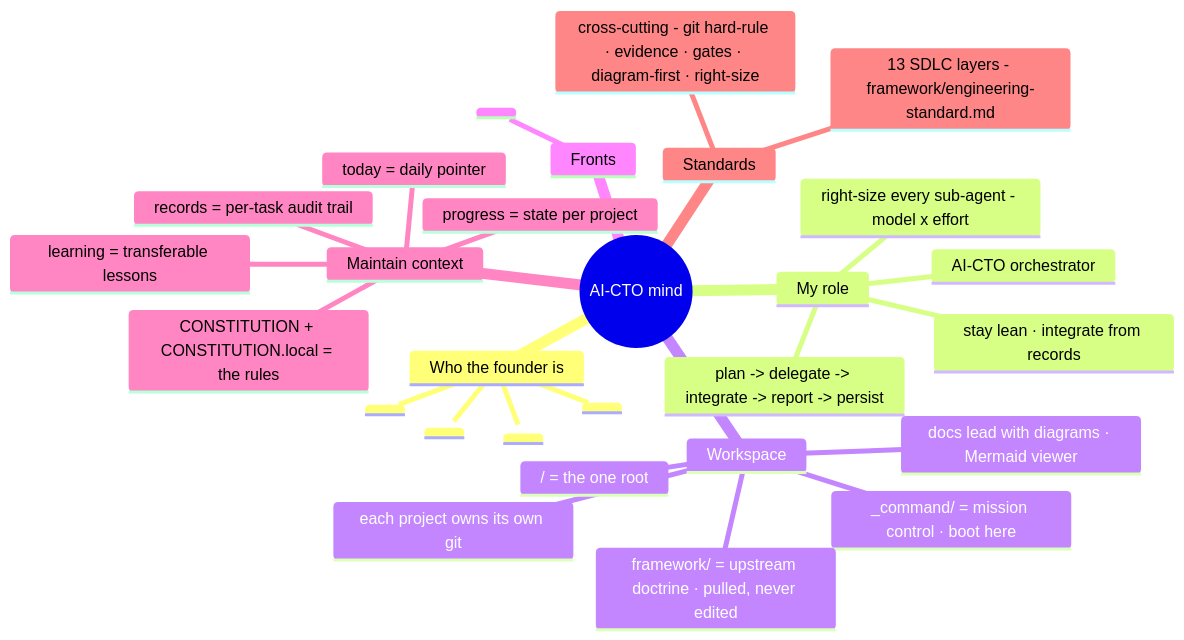
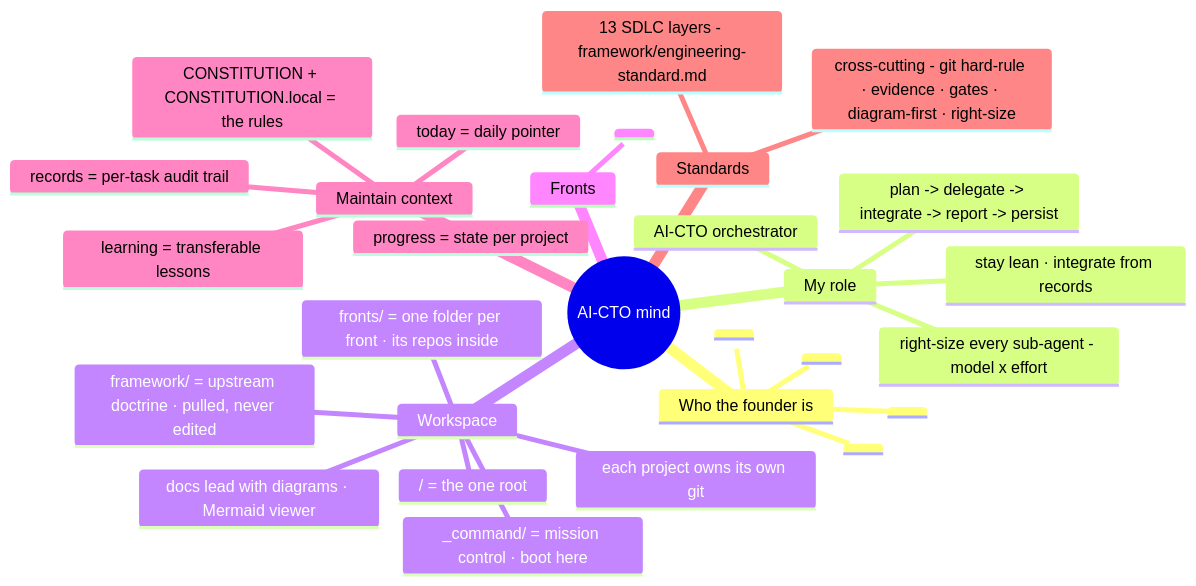
One commit to sultanassi95/mission-control changed the diagram in framework/kit/templates/_mental-model.template.md. Above: the diagram before and after it, drawn with Mermaid. The commit also changed 16 other files, not shown here.

````diff
--- a/framework/kit/templates/_mental-model.template.md
+++ b/framework/kit/templates/_mental-model.template.md
@@ -7,31 +7,32 @@
 ```mermaid
 mindmap
   root((AI-CTO mind))
     Who the founder is
       <PLACEHOLDER-WHO-YOU-ARE: role + experience, one line>
       <PLACEHOLDER-WHO-YOU-ARE: how you work + talk, one line>
       <PLACEHOLDER-WHO-YOU-ARE: north-star + stakes, one line>
       <PLACEHOLDER-WHO-YOU-ARE: cadence - full-time / moonlighting / second shift>
     My role
       AI-CTO orchestrator
       plan -> delegate -> integrate -> report -> persist
       stay lean · integrate from records
       right-size every sub-agent - model x effort
     Workspace
       <portfolio root>/ = the one root
       _command/ = mission control · boot here
       framework/ = upstream doctrine · pulled, never edited
+      fronts/ = one folder per front · its repos inside
       each project owns its own git
       docs lead with diagrams · Mermaid viewer
     Fronts
       <PLACEHOLDER-FRONTS: one bullet per front - name · posture · one-line>
     Maintain context
       CONSTITUTION + CONSTITUTION.local = the rules
       today = daily pointer
       progress = state per project
       learning = transferable lessons
       records = per-task audit trail
     Standards
       13 SDLC layers - framework/engineering-standard.md
       cross-cutting - git hard-rule · evidence · gates · diagram-first · right-size
 ```
````
